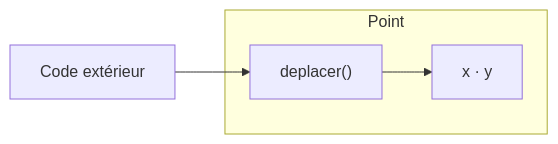
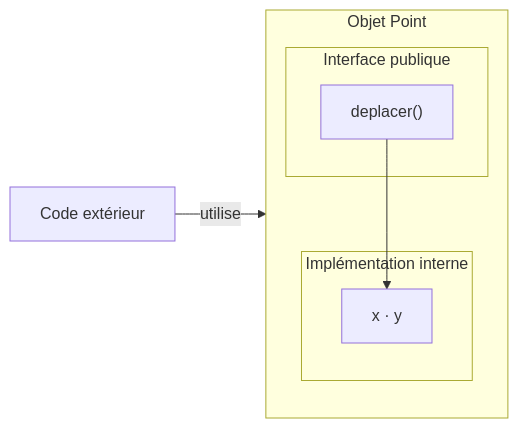
The sixth of 6 diagrams in cours/03/pages/encapsulation.md (rezakaziz/programmation-cours), drawn with Mermaid before and after one commit. The commit also changed other lines of this file and 5 other files, not shown here.

````diff
--- a/cours/03/pages/encapsulation.md
+++ b/cours/03/pages/encapsulation.md
@@ -531,12 +632,21 @@
 ```mermaid {theme: 'neutral', scale: 0.62}
 flowchart LR
+
     E["Code extérieur"]
 
-    subgraph P["Point"]
-        M["deplacer()"]
-        A["x · y"]
+    subgraph P["Objet Point"]
+        direction TB
+
+        subgraph I["Interface publique"]
+            M["deplacer()"]
+        end
+
+        subgraph IM["Implémentation interne"]
+            A["x · y"]
+        end
+
         M --> A
     end
 
-    E --> M
+    E -->|"utilise"| M
 ```
````
